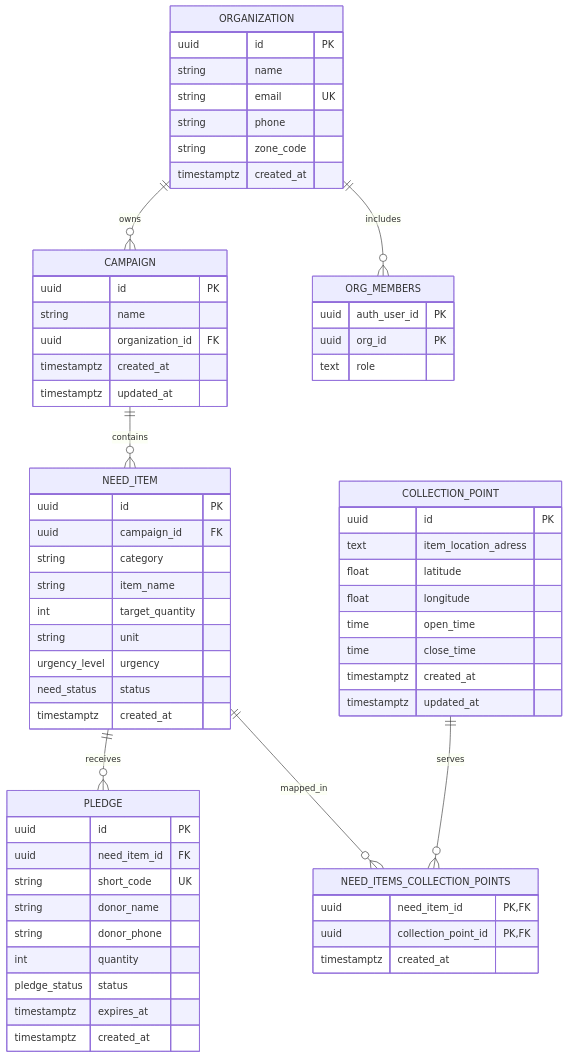
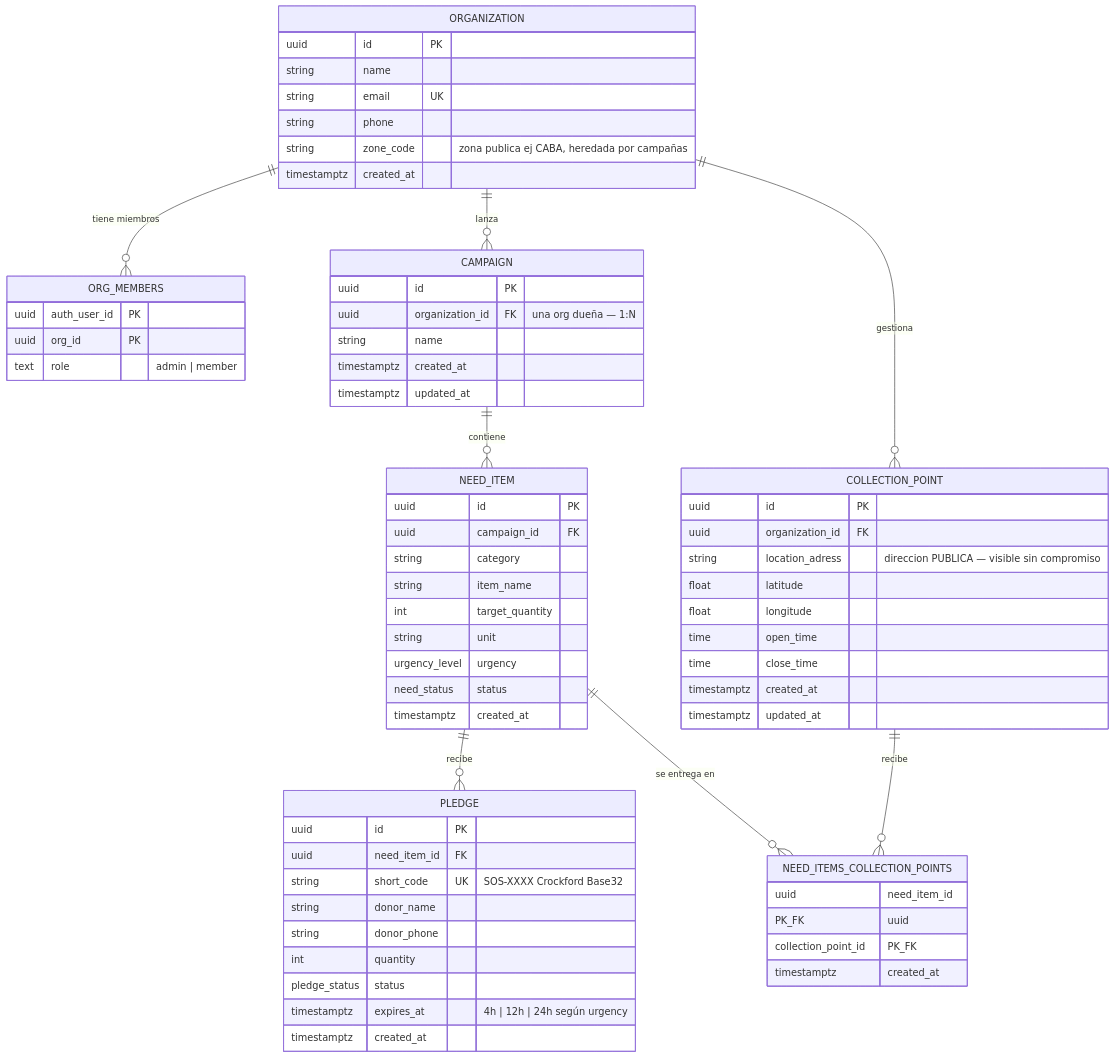
One commit to JuniorCorzo/handly changed the second of 2 diagrams in docs/architecture/PROPUESTA_ARQUITECTURA.md. Above: the diagram before and after it, drawn with Mermaid. The commit also changed other lines of this file, not shown here.

Commit message:
docs(architecture): align Handly naming, zone model and collection points visibility
- Producto es Handly, Triage es solo feature interna de IA
- Modelo MVP: campaign 1:N con organizacion, no N:M (fase 2: campaign_organizations)
- collection_points.location_adress es publica, no existe public_zone
- zone_code hereda de organizations, no se duplica en campaign
- Explicita flujo canonico Org->Campana->Items con atajo +Nueva campana opcional
- Diagrama ER y flowchart corregidos (sin tabla zones fantasma)

````diff
--- a/docs/architecture/PROPUESTA_ARQUITECTURA.md
+++ b/docs/architecture/PROPUESTA_ARQUITECTURA.md
@@ -91,73 +94,75 @@
 ```mermaid
 erDiagram
-    ORGANIZATION ||--o{ CAMPAIGN : owns
-    ORGANIZATION ||--o{ ORG_MEMBERS : includes
-    CAMPAIGN ||--o{ NEED_ITEM : contains
-    NEED_ITEM ||--o{ PLEDGE : receives
-    NEED_ITEM ||--o{ NEED_ITEMS_COLLECTION_POINTS : mapped_in
-    COLLECTION_POINT ||--o{ NEED_ITEMS_COLLECTION_POINTS : serves
+    ORGANIZATION ||--o{ ORG_MEMBERS : "tiene miembros"
+    ORGANIZATION ||--o{ CAMPAIGN : "lanza"
+    ORGANIZATION ||--o{ COLLECTION_POINT : "gestiona"
+    CAMPAIGN ||--o{ NEED_ITEM : "contiene"
+    NEED_ITEM ||--o{ PLEDGE : "recibe"
+    NEED_ITEM ||--o{ NEED_ITEMS_COLLECTION_POINTS : "se entrega en"
+    COLLECTION_POINT ||--o{ NEED_ITEMS_COLLECTION_POINTS : "recibe"
 
     ORGANIZATION {
         uuid id PK
         string name
         string email UK
         string phone
-        string zone_code
+        string zone_code "zona publica ej CABA, heredada por campañas"
         timestamptz created_at
     }
 
     ORG_MEMBERS {
         uuid auth_user_id PK
         uuid org_id PK
-        text role
+        text role "admin | member"
     }
 
     CAMPAIGN {
         uuid id PK
+        uuid organization_id FK "una org dueña — 1:N"
         string name
-        uuid organization_id FK
         timestamptz created_at
         timestamptz updated_at
     }
 
     NEED_ITEM {
         uuid id PK
         uuid campaign_id FK
         string category
         string item_name
         int target_quantity
         string unit
         urgency_level urgency
         need_status status
         timestamptz created_at
     }
 
     COLLECTION_POINT {
         uuid id PK
-        text item_location_adress
+        uuid organization_id FK
+        string location_adress "direccion PUBLICA — visible sin compromiso"
         float latitude
         float longitude
         time open_time
         time close_time
         timestamptz created_at
         timestamptz updated_at
     }
 
     NEED_ITEMS_COLLECTION_POINTS {
-        uuid need_item_id PK, FK
-        uuid collection_point_id PK, FK
+        uuid need_item_id PK_FK
+        uuid collection_point_id PK_FK
         timestamptz created_at
     }
 
     PLEDGE {
         uuid id PK
         uuid need_item_id FK
-        string short_code UK
+        string short_code UK "SOS-XXXX Crockford Base32"
         string donor_name
         string donor_phone
         int quantity
         pledge_status status
-        timestamptz expires_at
+        timestamptz expires_at "4h | 12h | 24h según urgency"
         timestamptz created_at
     }
 ```
````
